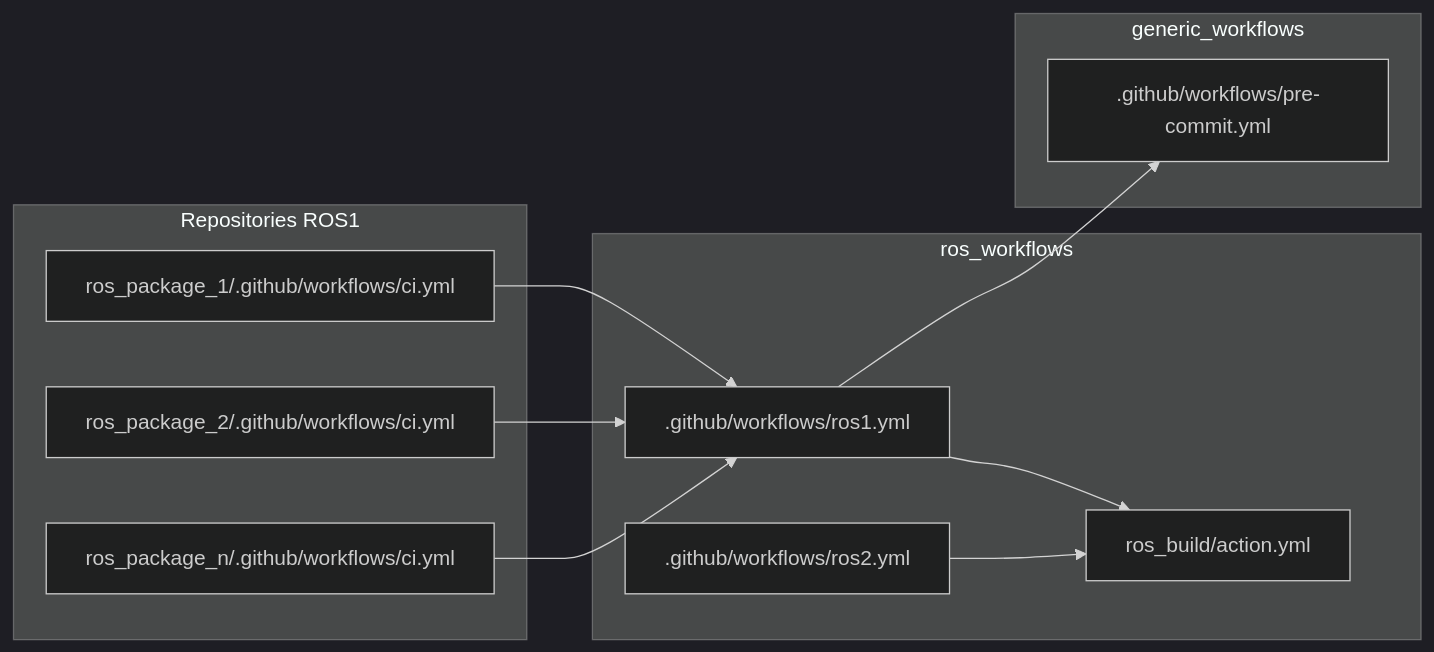
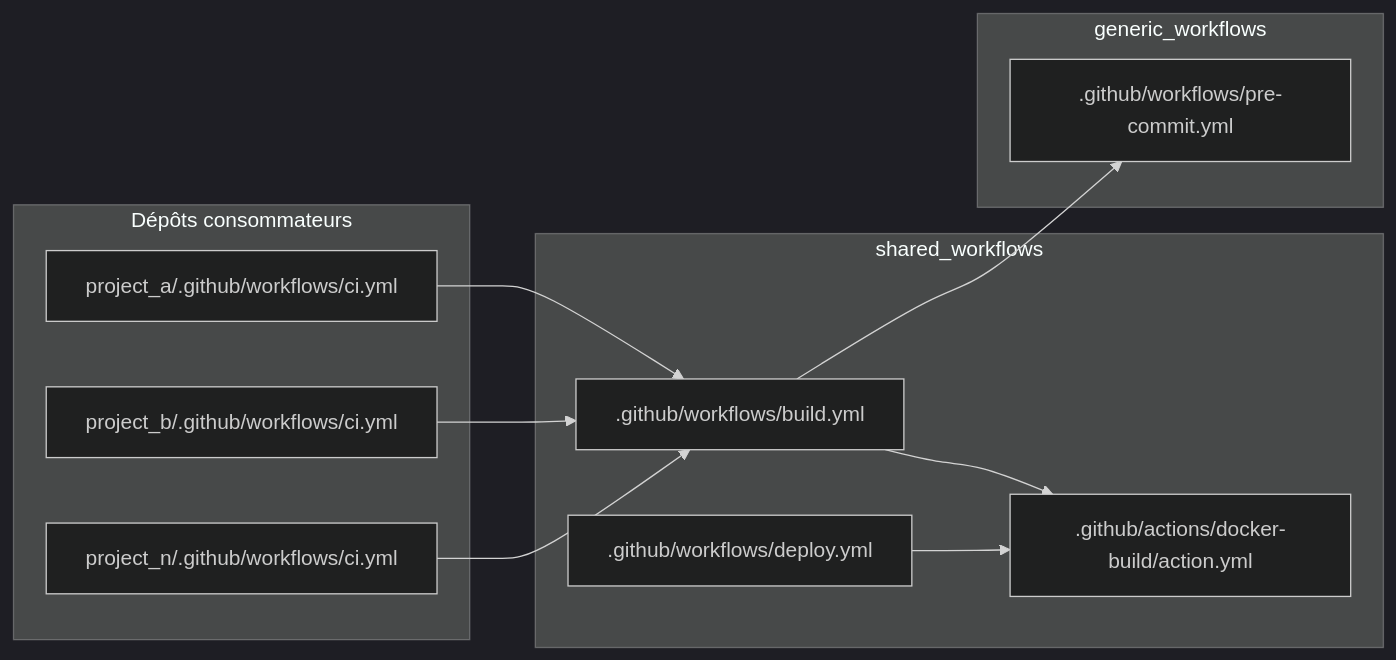
One commit to sedelpeuch/sedelpeuch.github.io changed the diagram in blog/04-ci-cd/2024-12-20-exemple.md. Above: the diagram before and after it, drawn with Mermaid (dark theme). The commit also changed other lines of this file and 5 other files, not shown here.

````diff
--- a/blog/04-ci-cd/2024-12-20-exemple.md
+++ b/blog/04-ci-cd/2024-12-20-exemple.md
@@ -20,25 +13,23 @@
 ```mermaid
 graph LR
-    subgraph Repositories ROS1
-        repo1[ros_package_1/.github/workflows/ci.yml]
-        repo2[ros_package_2/.github/workflows/ci.yml]
-        repo3[ros_package_n/.github/workflows/ci.yml]
+    subgraph Dépôts consommateurs
+        repo1[project_a/.github/workflows/ci.yml]
+        repo2[project_b/.github/workflows/ci.yml]
+        repo3[project_n/.github/workflows/ci.yml]
     end
-    subgraph ros_workflows
-        ros.yml[.github/workflows/ros1.yml]
-        ros2.yml[.github/workflows/ros2.yml]
-        ros_build.yml[ros_build/action.yml]
-        ros.yml --> ros_build.yml
-        ros2.yml --> ros_build.yml
+    subgraph shared_workflows
+        wf1[.github/workflows/build.yml]
+        wf2[.github/workflows/deploy.yml]
+        action1[.github/actions/docker-build/action.yml]
+        wf1 --> action1
+        wf2 --> action1
     end
     subgraph generic_workflows
-        pre-commit.yml[.github/workflows/pre-commit.yml]
-
+        pre-commit[.github/workflows/pre-commit.yml]
     end
 
-    ros.yml --> pre-commit.yml
-
-    repo1 --> ros.yml
-    repo2 --> ros.yml
-    repo3 --> ros.yml
+    wf1 --> pre-commit
+    repo1 --> wf1
+    repo2 --> wf1
+    repo3 --> wf1
 ```
````
